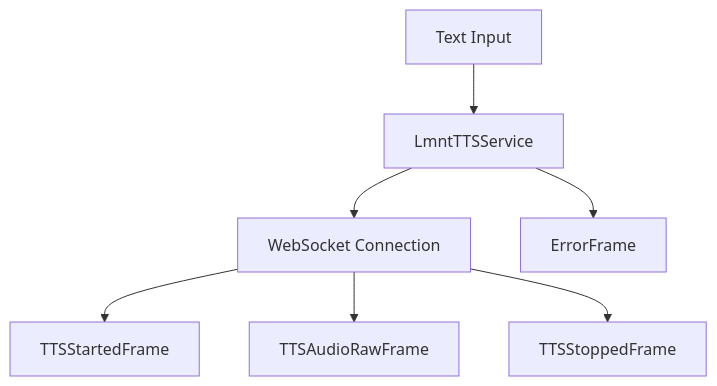
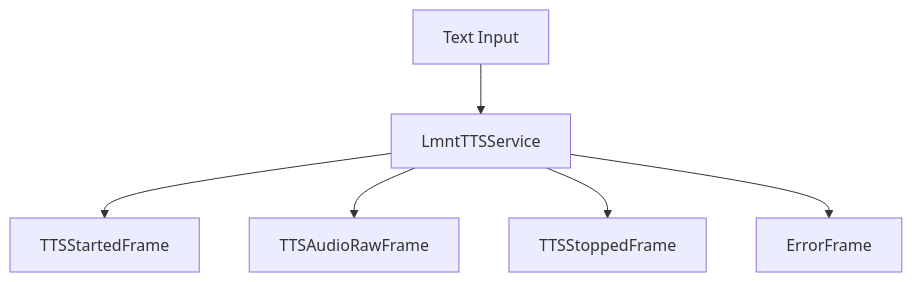
The diagram in api-reference/services/tts/lmnt.mdx (pipecat-ai/docs), drawn with Mermaid before and after one commit. The commit also changed other lines of this file and 25 other files, not shown here.

Commit message:
Clean up Frame Flow diagrams

````diff
--- a/api-reference/services/tts/lmnt.mdx
+++ b/api-reference/services/tts/lmnt.mdx
@@ -110,9 +110,8 @@
 ```mermaid
 graph TD
     A[Text Input] --> B[LmntTTSService]
-    B --> C[WebSocket Connection]
-    C --> D[TTSStartedFrame]
-    C --> E[TTSAudioRawFrame]
-    C --> F[TTSStoppedFrame]
+    B --> D[TTSStartedFrame]
+    B --> E[TTSAudioRawFrame]
+    B --> F[TTSStoppedFrame]
     B --> G[ErrorFrame]
 ```
````
